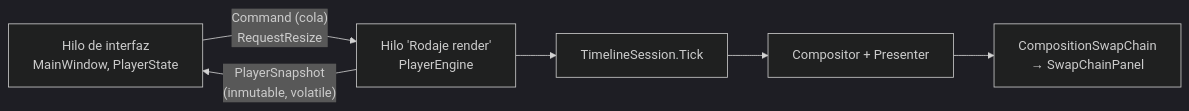
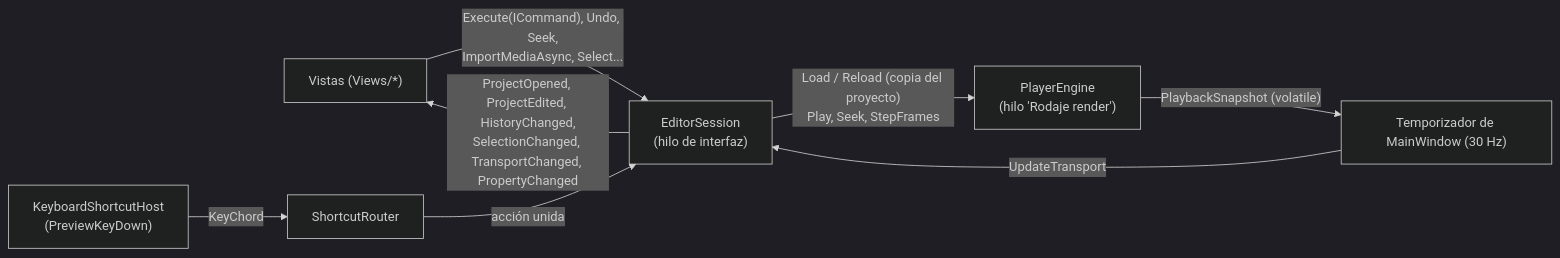
The diagram in docs/arquitectura/app.md (Dathinel/rodaje), drawn with Mermaid (dark theme) before and after one commit. The commit also changed other lines of this file and 93 other files, not shown here.

````diff
--- a/docs/arquitectura/app.md
+++ b/docs/arquitectura/app.md
@@ -14,6 +22,8 @@
 ```mermaid
 flowchart LR
-    UI["Hilo de interfaz<br/>MainWindow, PlayerState"] -->|"Command (cola)<br/>RequestResize"| R["Hilo 'Rodaje render'<br/>PlayerEngine"]
-    R -->|"PlayerSnapshot<br/>(inmutable, volatile)"| UI
-    R --> S["TimelineSession.Tick"] --> C["Compositor + Presenter"] --> SC["CompositionSwapChain<br/>→ SwapChainPanel"]
+    V["Vistas (Views/*)"] -->|"Execute(ICommand), Undo, Seek,<br/>ImportMediaAsync, Select..."| S["EditorSession<br/>(hilo de interfaz)"]
+    S -->|"ProjectOpened, ProjectEdited, HistoryChanged,<br/>SelectionChanged, TransportChanged, PropertyChanged"| V
+    S -->|"Load / Reload (copia del proyecto)<br/>Play, Seek, StepFrames"| P["PlayerEngine<br/>(hilo 'Rodaje render')"]
+    P -->|"PlaybackSnapshot (volatile)"| T["Temporizador de MainWindow (30 Hz)"] -->|UpdateTransport| S
+    K["KeyboardShortcutHost<br/>(PreviewKeyDown)"] -->|KeyChord| R["ShortcutRouter"] -->|"acción unida"| S
 ```
````
